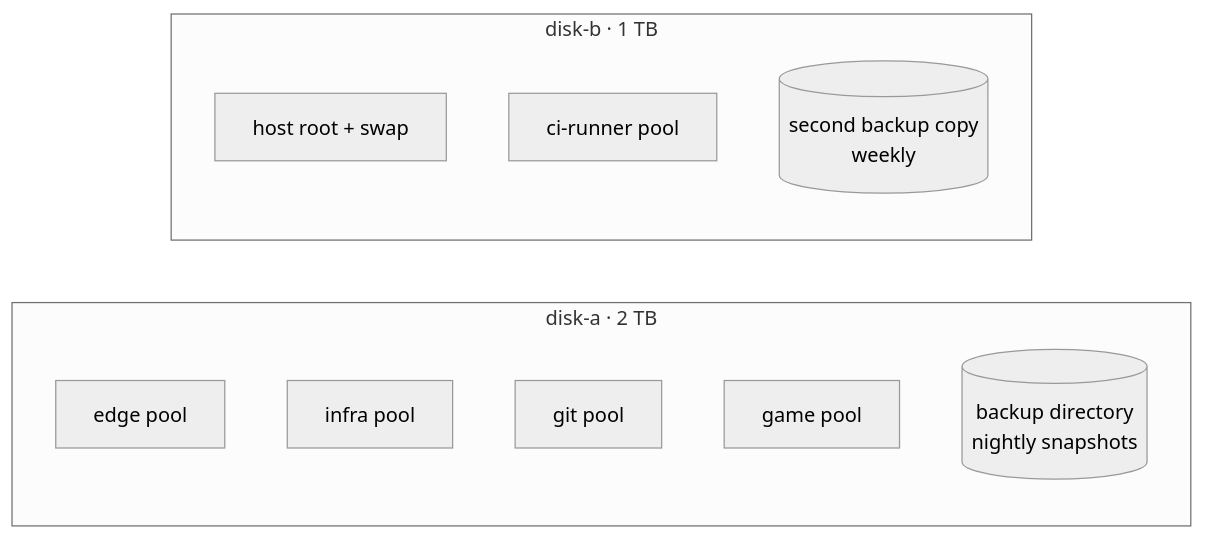
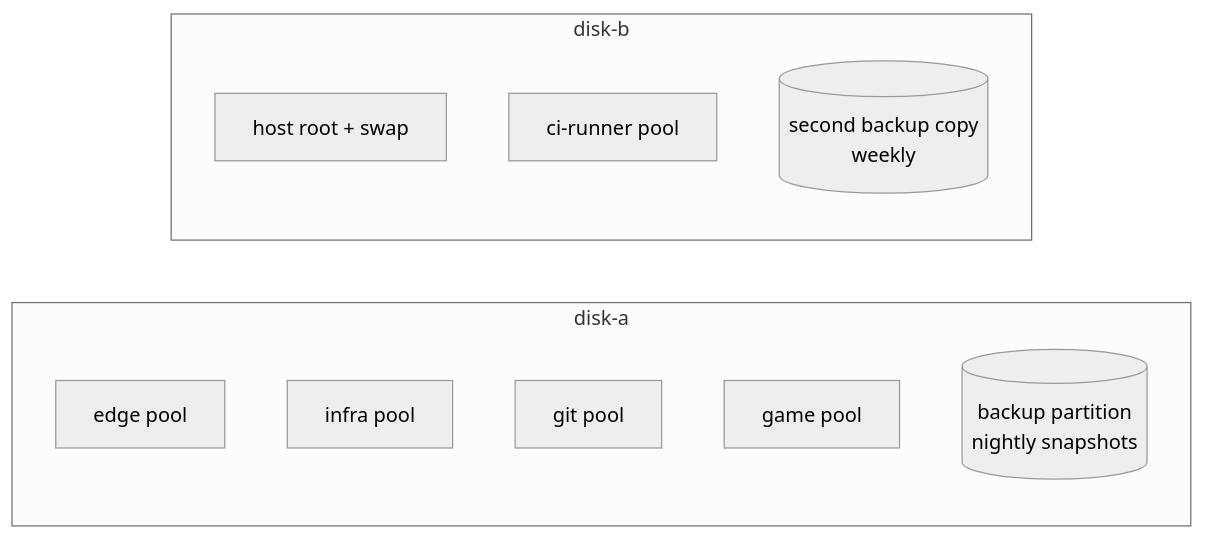
Before and after one commit to tobioj/proxmox-homelab: the diagram in docs/HOST.md, drawn with Mermaid (neutral theme). The commit also changed other lines of this file and 8 other files, not shown here.

````diff
--- a/docs/HOST.md
+++ b/docs/HOST.md
@@ -29,15 +41,15 @@
 ```mermaid
 flowchart LR
-    subgraph A["disk-a · 2 TB"]
+    subgraph A["disk-a"]
         PA1["edge pool"]
         PA2["infra pool"]
         PA3["git pool"]
         PA4["game pool"]
-        BK1[("backup directory<br/>nightly snapshots")]
+        BK1[("backup partition<br/>nightly snapshots")]
     end
-    subgraph B["disk-b · 1 TB"]
+    subgraph B["disk-b"]
         PB0["host root + swap"]
         PB1["ci-runner pool"]
         BK2[("second backup copy<br/>weekly")]
     end
 ```
````
